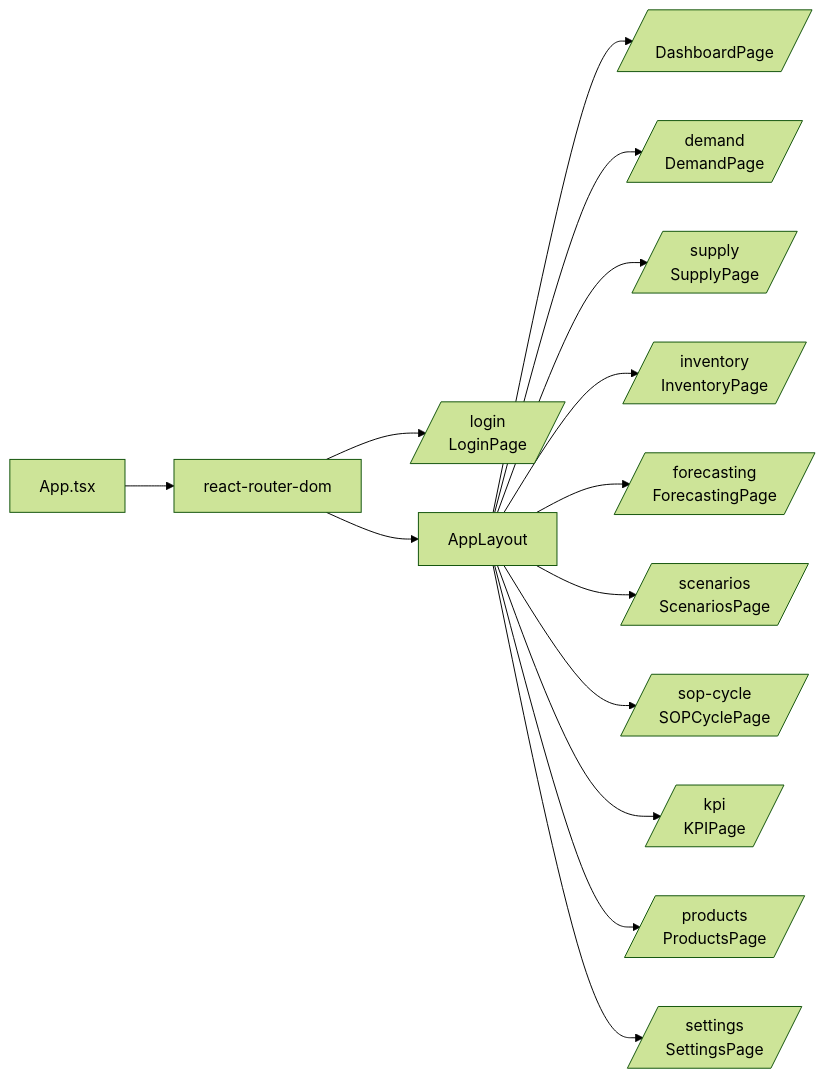
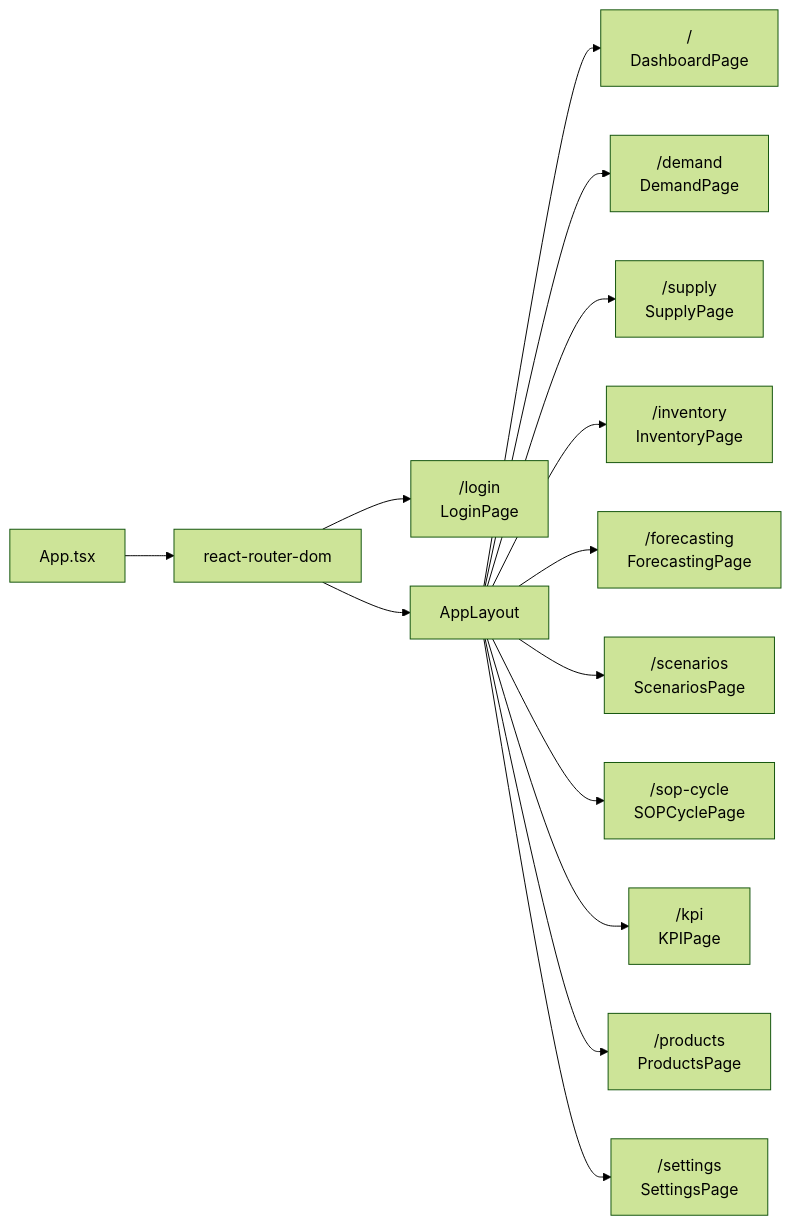
One commit to irsal2012/GenXSOP changed the first of 2 diagrams in docs/architecture/frontend.md. Above: the diagram before and after it, drawn with Mermaid (forest theme). The commit also changed 5 other files, not shown here.

````diff
--- a/docs/architecture/frontend.md
+++ b/docs/architecture/frontend.md
@@ -25,16 +25,16 @@
 ```mermaid
 flowchart LR
   App[App.tsx] --> Router[react-router-dom]
-  Router --> Public[/login\nLoginPage/]
+  Router --> Public["/login<br/>LoginPage"]
   Router --> Layout[AppLayout]
-  Layout --> Dash[/\nDashboardPage/]
-  Layout --> Demand[/demand\nDemandPage/]
-  Layout --> Supply[/supply\nSupplyPage/]
-  Layout --> Inv[/inventory\nInventoryPage/]
-  Layout --> Fcst[/forecasting\nForecastingPage/]
-  Layout --> Scen[/scenarios\nScenariosPage/]
-  Layout --> SOP[/sop-cycle\nSOPCyclePage/]
-  Layout --> KPI[/kpi\nKPIPage/]
-  Layout --> Prod[/products\nProductsPage/]
-  Layout --> Settings[/settings\nSettingsPage/]
+  Layout --> Dash["/<br/>DashboardPage"]
+  Layout --> Demand["/demand<br/>DemandPage"]
+  Layout --> Supply["/supply<br/>SupplyPage"]
+  Layout --> Inv["/inventory<br/>InventoryPage"]
+  Layout --> Fcst["/forecasting<br/>ForecastingPage"]
+  Layout --> Scen["/scenarios<br/>ScenariosPage"]
+  Layout --> SOP["/sop-cycle<br/>SOPCyclePage"]
+  Layout --> KPI["/kpi<br/>KPIPage"]
+  Layout --> Prod["/products<br/>ProductsPage"]
+  Layout --> Settings["/settings<br/>SettingsPage"]
 ```
````
